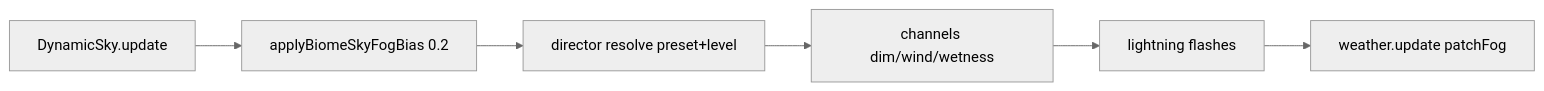
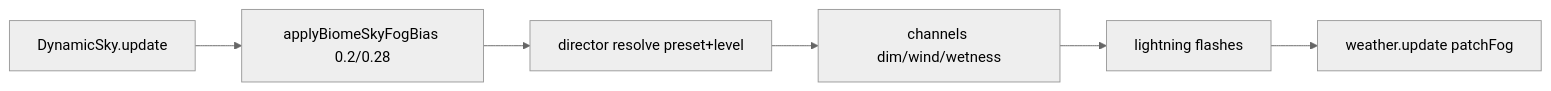
The diagram in docs/knowledge/environment/cascade.md (jjgroenendijk/cart-game), drawn with Mermaid (neutral theme) before and after one commit. The commit also changed other lines of this file and 23 other files, not shown here.

````diff
--- a/docs/knowledge/environment/cascade.md
+++ b/docs/knowledge/environment/cascade.md
@@ -11,8 +11,8 @@
 ```mermaid
 flowchart LR
-  sky[DynamicSky.update] --> bias[applyBiomeSkyFogBias 0.2]
+  sky[DynamicSky.update] --> bias[applyBiomeSkyFogBias 0.2/0.28]
   bias --> dir[director resolve preset+level]
   dir --> chan[channels dim/wind/wetness]
   chan --> lightning[lightning flashes]
   lightning --> wx[weather.update patchFog]
 ```
````
